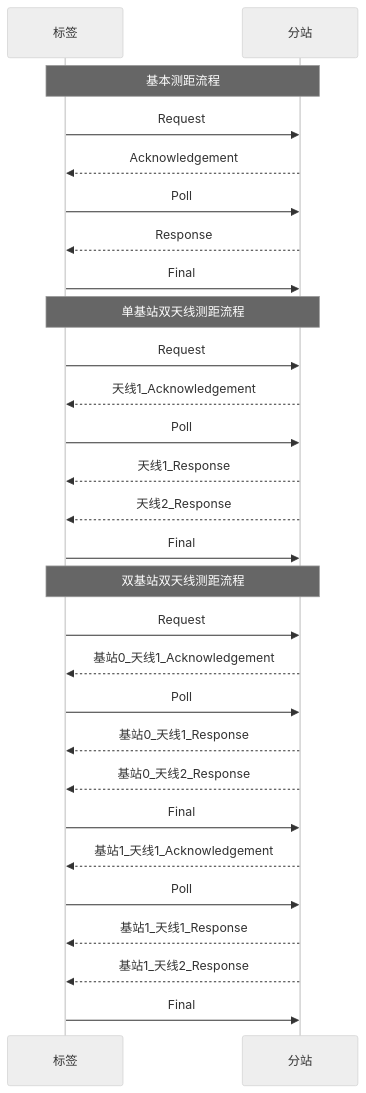
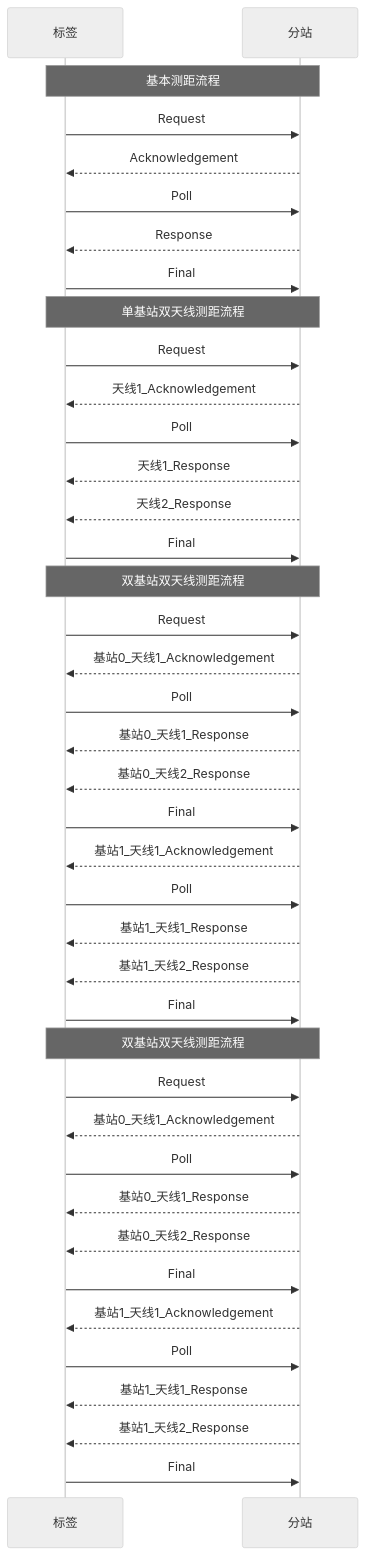
One commit to geek-zhao/iodraw-files changed the diagram in all/未命名.md. Above: the diagram before and after it, drawn with Mermaid (neutral theme).

Commit message:
2024-08-17 14:16:07 update

````diff
--- a/all/未命名.md
+++ b/all/未命名.md
@@ -1,34 +1,46 @@
 ```mermaid
 sequenceDiagram
     participant tag as 标签
     participant anchor as 分站
 
     Note over tag,anchor: 基本测距流程
     tag->>anchor: Request
     anchor-->>tag: Acknowledgement
     tag->>anchor: Poll
     anchor-->>tag: Response
     tag->>anchor: Final       
 
     Note over tag,anchor: 单基站双天线测距流程
     tag->>anchor: Request
     anchor-->>tag: 天线1_Acknowledgement
     tag->>anchor: Poll
     anchor-->>tag: 天线1_Response 
     anchor-->>tag: 天线2_Response
     tag->>anchor: Final   
 
     Note over tag,anchor: 双基站双天线测距流程
     tag->>anchor: Request
     anchor-->>tag: 基站0_天线1_Acknowledgement
     tag->>anchor: Poll
     anchor-->>tag: 基站0_天线1_Response 
     anchor-->>tag: 基站0_天线2_Response
     tag->>anchor: Final   
     anchor-->>tag: 基站1_天线1_Acknowledgement
     tag->>anchor: Poll
     anchor-->>tag: 基站1_天线1_Response 
     anchor-->>tag: 基站1_天线2_Response
     tag->>anchor: Final   
 
+    Note over tag,anchor: 双基站双天线测距流程
+    tag->>anchor: Request
+    anchor-->>tag: 基站0_天线1_Acknowledgement
+    tag->>anchor: Poll
+    anchor-->>tag: 基站0_天线1_Response 
+    anchor-->>tag: 基站0_天线2_Response
+    tag->>anchor: Final   
+    anchor-->>tag: 基站1_天线1_Acknowledgement
+    tag->>anchor: Poll
+    anchor-->>tag: 基站1_天线1_Response 
+    anchor-->>tag: 基站1_天线2_Response
+    tag->>anchor: Final   
 ```
````
